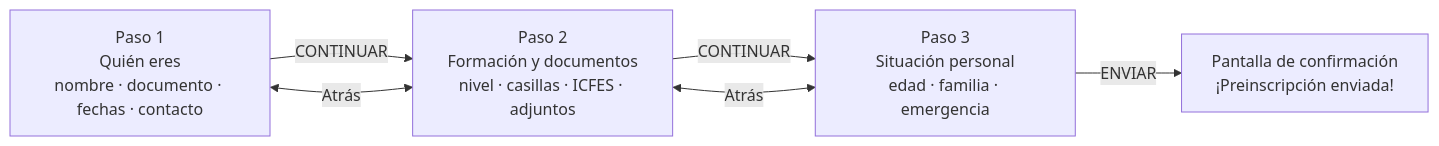
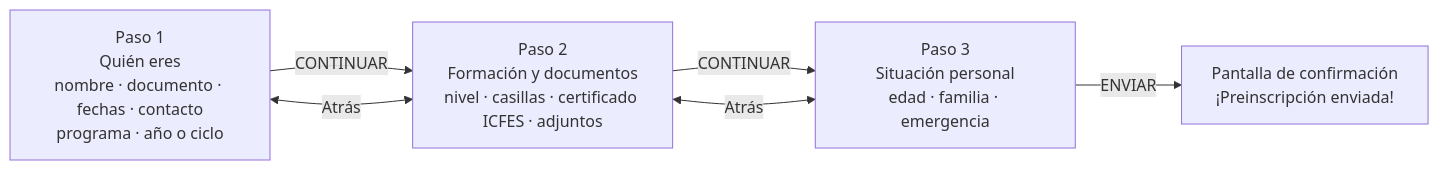
The second of 2 diagrams in DIAGRAMA_NAVEGACION.md (Cjs9o/FundacionEnidApp), drawn with Mermaid before and after one commit. The commit also changed other lines of this file and 371 other files, not shown here.

````diff
--- a/DIAGRAMA_NAVEGACION.md
+++ b/DIAGRAMA_NAVEGACION.md
@@ -215,8 +255,8 @@
 ```mermaid
 flowchart LR
-    P1["Paso 1<br/>Quién eres<br/>nombre · documento · fechas · contacto"] -->|CONTINUAR| P2["Paso 2<br/>Formación y documentos<br/>nivel · casillas · ICFES · adjuntos"]
+    P1["Paso 1<br/>Quién eres<br/>nombre · documento · fechas · contacto<br/>programa · año o ciclo"] -->|CONTINUAR| P2["Paso 2<br/>Formación y documentos<br/>nivel · casillas · certificado ICFES · adjuntos"]
     P2 -->|CONTINUAR| P3["Paso 3<br/>Situación personal<br/>edad · familia · emergencia"]
     P3 -->|ENVIAR| OK["Pantalla de confirmación<br/>¡Preinscripción enviada!"]
     P1 <-->|Atrás| P2
     P2 <-->|Atrás| P3
 ```
````
